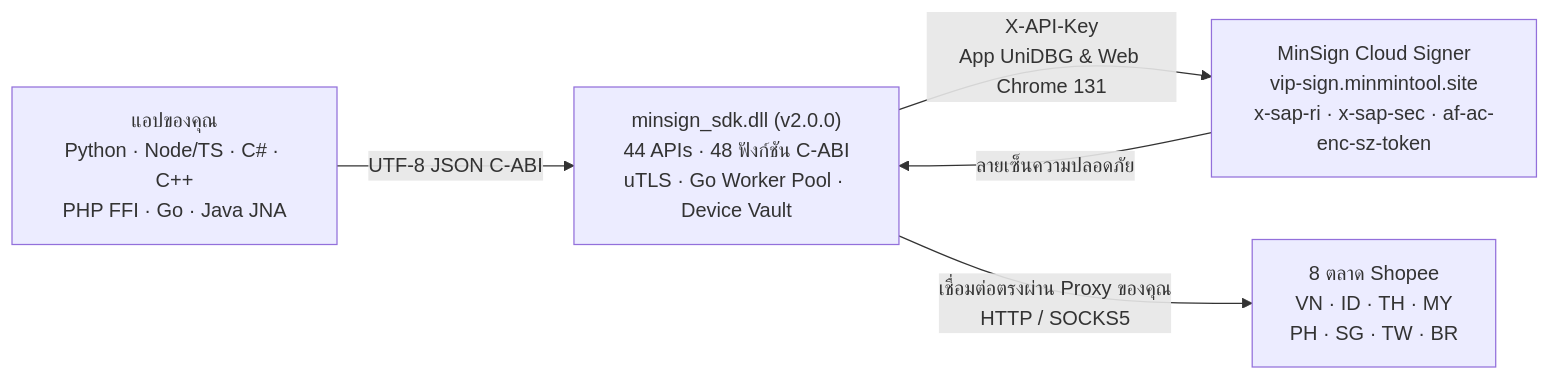
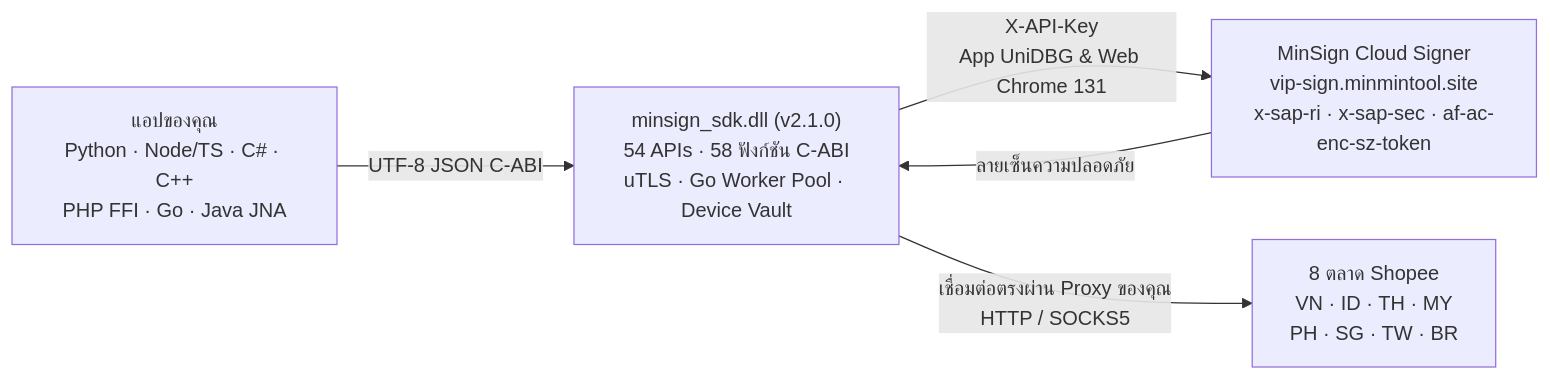
One commit to minmin2402/shopeeapi changed the diagram in README.th.md. Above: the diagram before and after it, drawn with Mermaid. The commit also changed other lines of this file and 20 other files, not shown here.

Commit message:
feat(sdk): v2.1.0 - 54 APIs (+10 MCN, Invitation Accept acp & Affiliate Center), 7 wrappers & 5-language docs

````diff
--- a/README.th.md
+++ b/README.th.md
@@ -23,7 +23,7 @@
 ```mermaid
 flowchart LR
-    A["แอปของคุณ<br/>Python · Node/TS · C# · C++<br/>PHP FFI · Go · Java JNA"] -->|UTF-8 JSON C-ABI| B["minsign_sdk.dll (v2.0.0)<br/>44 APIs · 48 ฟังก์ชัน C-ABI<br/>uTLS · Go Worker Pool · Device Vault"]
+    A["แอปของคุณ<br/>Python · Node/TS · C# · C++<br/>PHP FFI · Go · Java JNA"] -->|UTF-8 JSON C-ABI| B["minsign_sdk.dll (v2.1.0)<br/>54 APIs · 58 ฟังก์ชัน C-ABI<br/>uTLS · Go Worker Pool · Device Vault"]
     B -->|X-API-Key<br/>App UniDBG & Web Chrome 131| C["MinSign Cloud Signer<br/>vip-sign.minmintool.site<br/>x-sap-ri · x-sap-sec · af-ac-enc-sz-token"]
     C -->|ลายเซ็นความปลอดภัย| B
     B -->|เชื่อมต่อตรงผ่าน Proxy ของคุณ<br/>HTTP / SOCKS5| D["8 ตลาด Shopee<br/>VN · ID · TH · MY<br/>PH · SG · TW · BR"]
 ```
````
